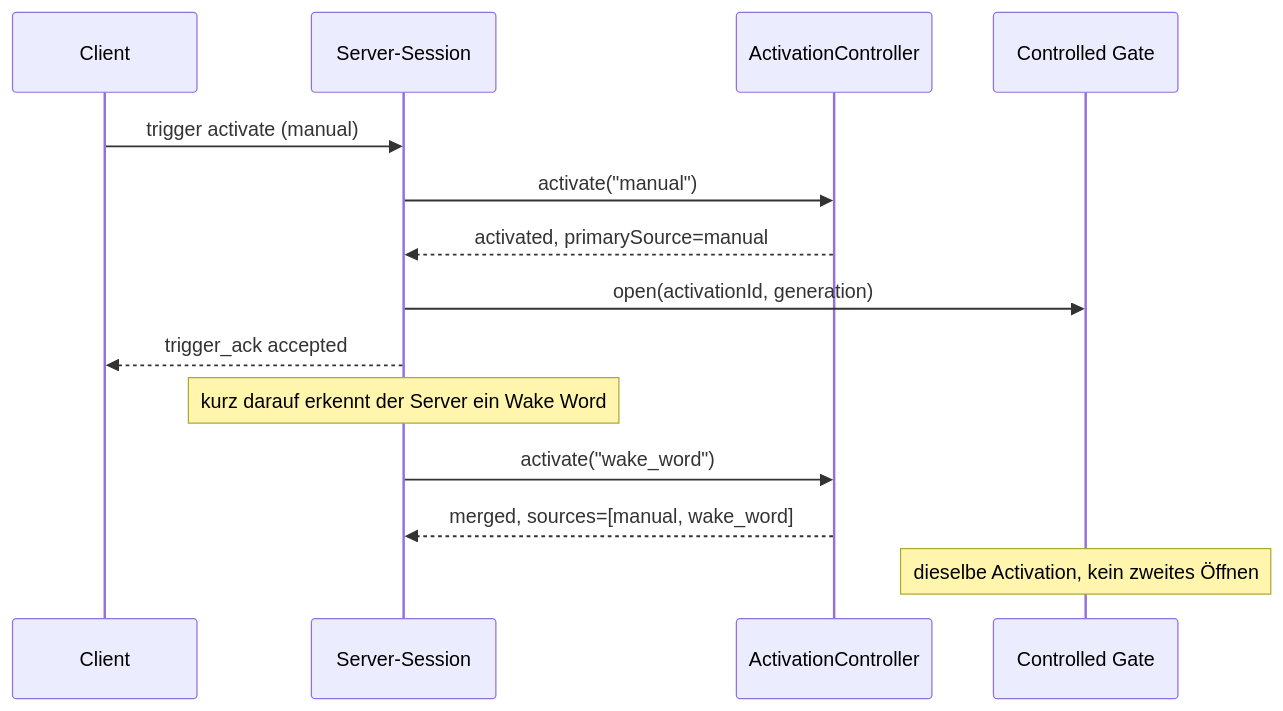
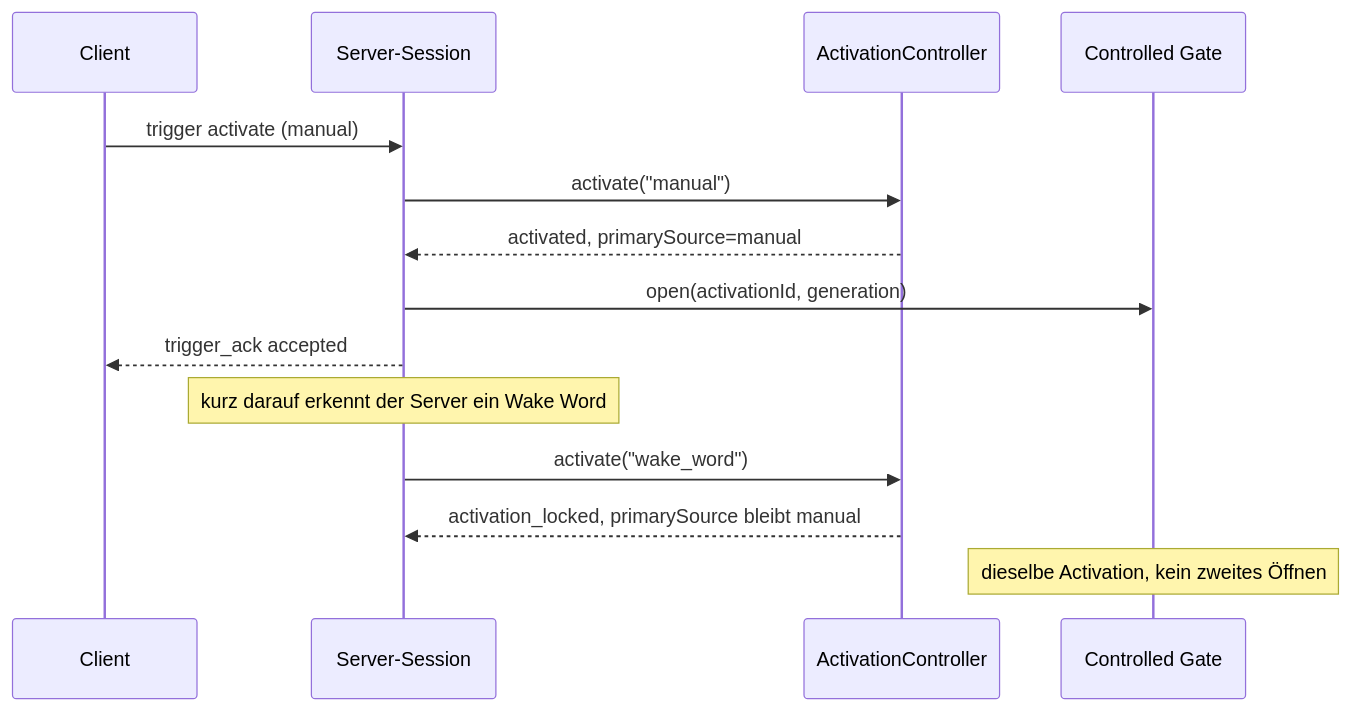
One commit to marcosudau-vps/voice-stt-server changed the second of 3 diagrams in docs/client-development/02-websocket-protokoll.md. Above: the diagram before and after it, drawn with Mermaid. The commit also changed other lines of this file and 18 other files, not shown here.

````diff
--- a/docs/client-development/02-websocket-protokoll.md
+++ b/docs/client-development/02-websocket-protokoll.md
@@ -275,18 +332,18 @@
 ```mermaid
 sequenceDiagram
     participant C as Client
     participant S as Server-Session
     participant A as ActivationController
     participant G as Controlled Gate
 
     C->>S: trigger activate (manual)
     S->>A: activate("manual")
     A-->>S: activated, primarySource=manual
     S->>G: open(activationId, generation)
     S-->>C: trigger_ack accepted
 
     Note over S: kurz darauf erkennt der Server ein Wake Word
     S->>A: activate("wake_word")
-    A-->>S: merged, sources=[manual, wake_word]
+    A-->>S: activation_locked, primarySource bleibt manual
     Note over G: dieselbe Activation, kein zweites Öffnen
 ```
````
